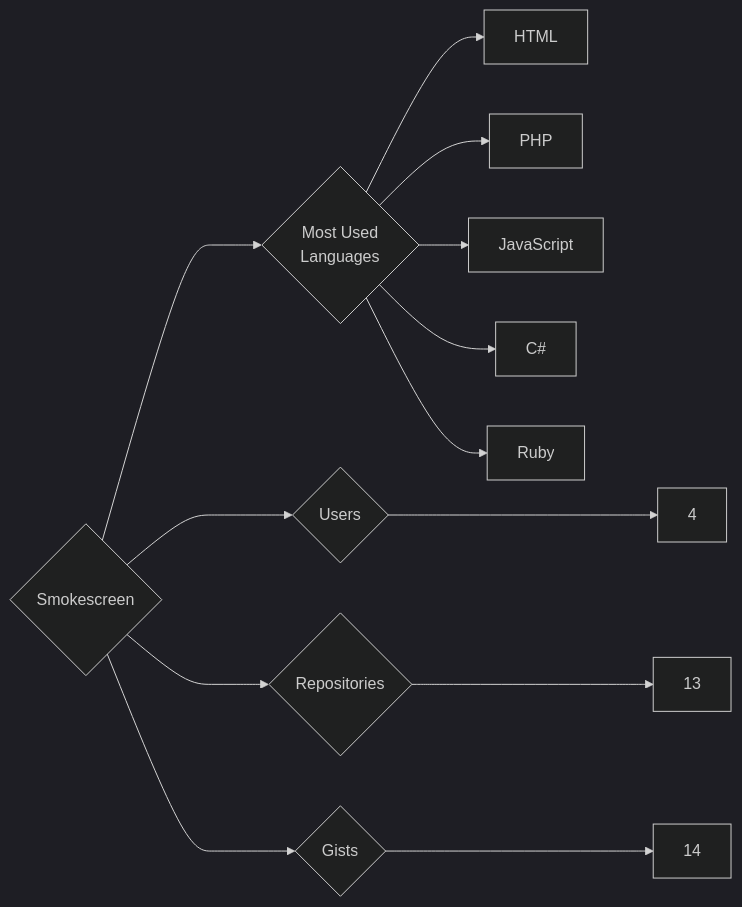
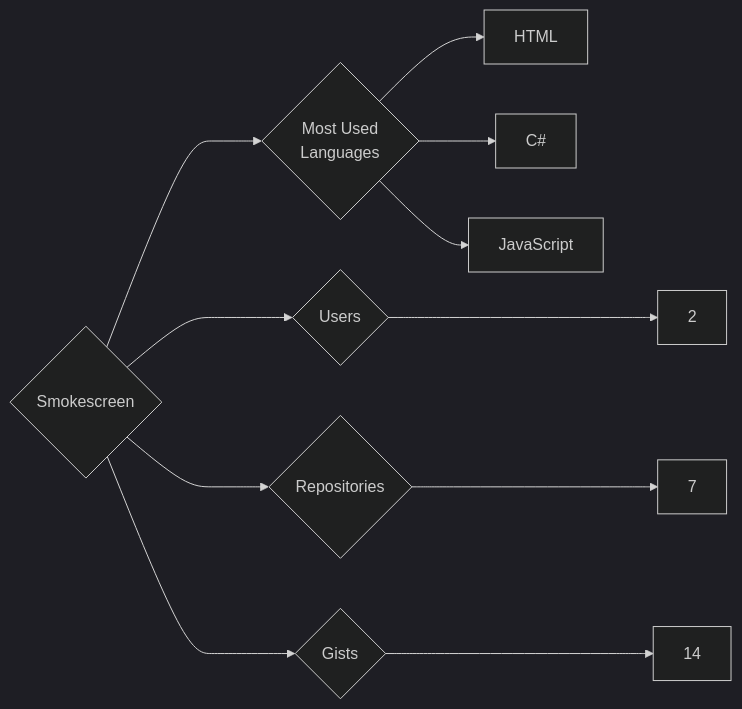
Before and after one commit to trickest/insiders: the diagram in targets/Smokescreen/README.md, drawn with Mermaid (dark theme). The commit also changed 912 other files, not shown here.

````diff
--- a/targets/Smokescreen/README.md
+++ b/targets/Smokescreen/README.md
@@ -3,13 +3,11 @@
 ```mermaid
 graph LR
 COMPANY_NAME{Smokescreen}
-COMPANY_NAME ---> U{Users} ---> UN[4]
-COMPANY_NAME ---> R{Repositories} ---> RN[13]
+COMPANY_NAME ---> U{Users} ---> UN[2]
+COMPANY_NAME ---> R{Repositories} ---> RN[7]
 COMPANY_NAME ---> G{Gists} ---> GN[14]
 COMPANY_NAME ---> ML{Most Used<br>Languages}
 ML --> HTML[HTML]
-ML --> PHP[PHP]
+ML --> C#[C#]
 ML --> JavaScript[JavaScript]
-ML --> C#[C#]
-ML --> Ruby[Ruby]
 ```
````
